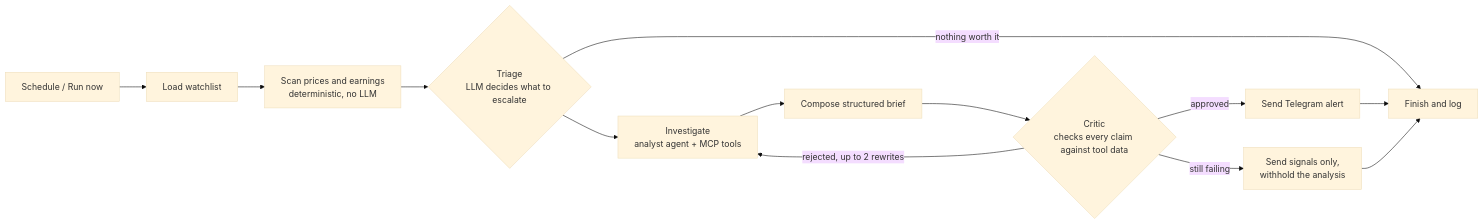
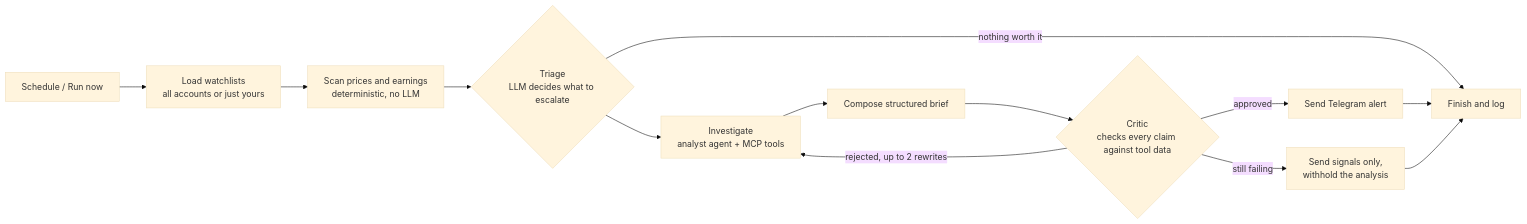
The second of 2 diagrams in README.md (Kalpit-Goyal/Financial-Analyst-Agent), drawn with Mermaid (base theme) before and after one commit. The commit also changed other lines of this file and 34 other files, not shown here.

````diff
--- a/README.md
+++ b/README.md
@@ -153,15 +168,15 @@
 ```mermaid
 flowchart LR
-    S[Schedule / Run now] --> L[Load watchlist]
+    S[Schedule / Run now] --> L[Load watchlists<br/>all accounts or just yours]
     L --> SC[Scan prices and earnings<br/>deterministic, no LLM]
     SC --> T{Triage<br/>LLM decides what to escalate}
     T -->|nothing worth it| F[Finish and log]
     T --> I[Investigate<br/>analyst agent + MCP tools]
     I --> C[Compose structured brief]
     C --> K{Critic<br/>checks every claim against tool data}
     K -->|rejected, up to 2 rewrites| I
     K -->|approved| A[Send Telegram alert]
     K -->|still failing| U[Send signals only,<br/>withhold the analysis]
     A --> F
     U --> F
 ```
````
